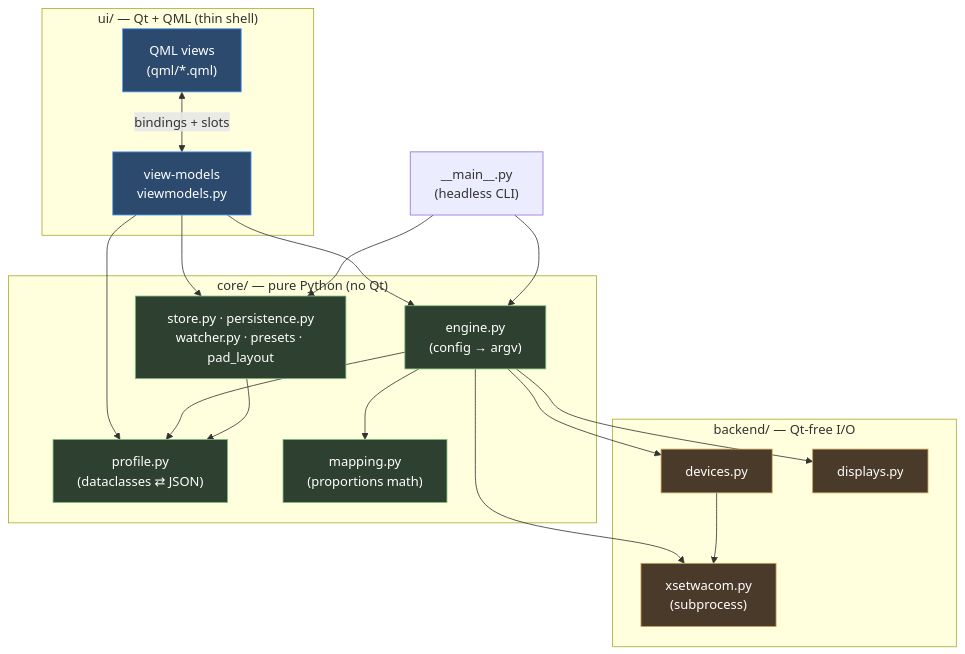
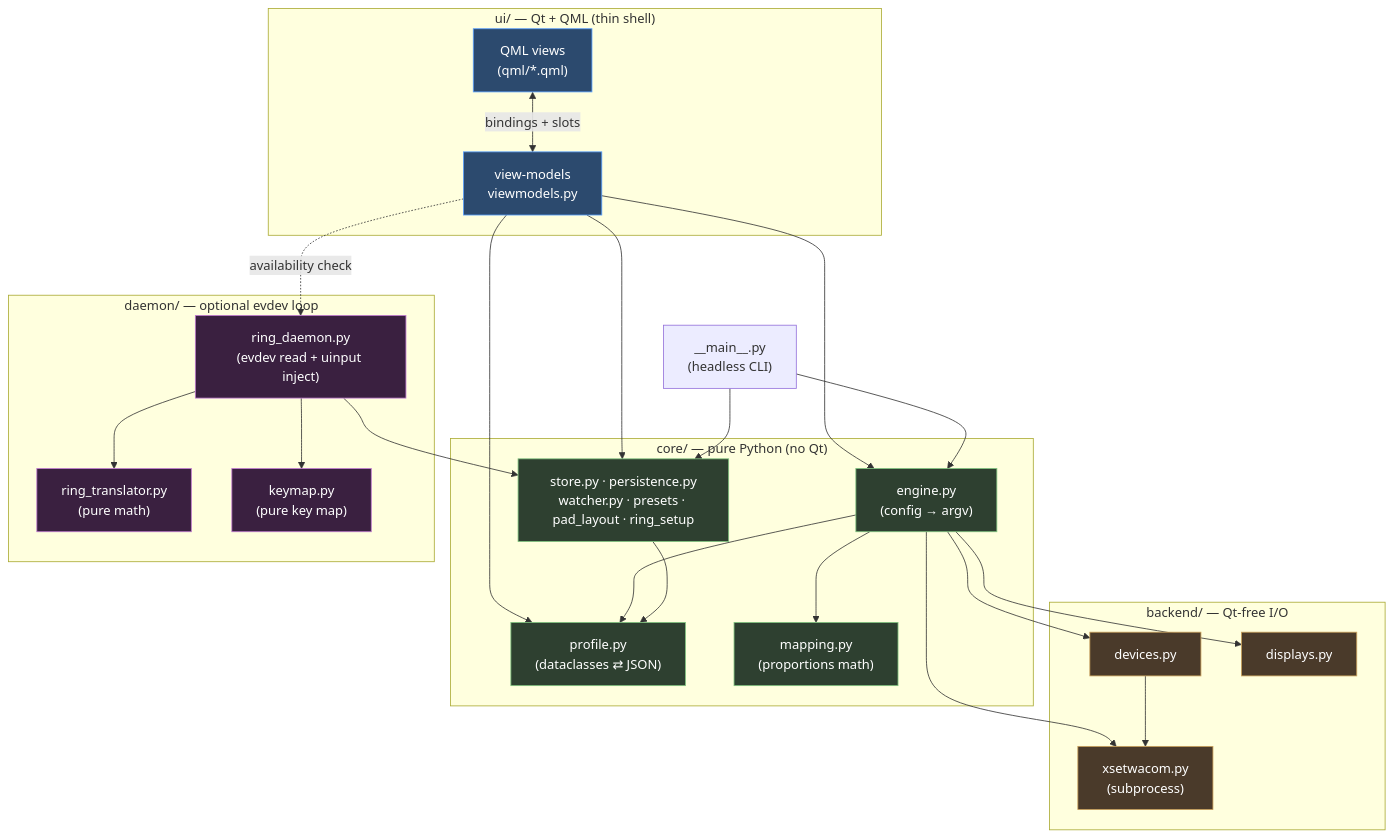
One commit to baslack/wacom_control_panel changed the second of 5 diagrams in README.md. Above: the diagram before and after it, drawn with Mermaid. The commit also changed other lines of this file and 3 other files, not shown here.

````diff
--- a/README.md
+++ b/README.md
@@ -100,40 +100,51 @@
 ```mermaid
 flowchart TD
     subgraph UI["ui/ — Qt + QML (thin shell)"]
         QML["QML views<br/>(qml/*.qml)"]
         VM["view-models<br/>viewmodels.py"]
         QML <-->|"bindings + slots"| VM
     end
     subgraph CORE["core/ — pure Python (no Qt)"]
         PROF["profile.py<br/>(dataclasses ⇄ JSON)"]
         ENG["engine.py<br/>(config → argv)"]
         MAP["mapping.py<br/>(proportions math)"]
-        STORE["store.py · persistence.py<br/>watcher.py · presets · pad_layout"]
+        STORE["store.py · persistence.py<br/>watcher.py · presets · pad_layout · ring_setup"]
     end
     subgraph BACKEND["backend/ — Qt-free I/O"]
         XS["xsetwacom.py<br/>(subprocess)"]
         DEV["devices.py"]
         DISP["displays.py"]
     end
+    subgraph DAEMON["daemon/ — optional evdev loop"]
+        RD["ring_daemon.py<br/>(evdev read + uinput inject)"]
+        RT["ring_translator.py<br/>(pure math)"]
+        KM["keymap.py<br/>(pure key map)"]
+    end
     CLI["__main__.py<br/>(headless CLI)"]
 
     VM --> ENG
     VM --> STORE
     VM --> PROF
+    VM -.->|"availability check"| RD
     CLI --> ENG
     CLI --> STORE
     ENG --> PROF
     ENG --> MAP
     ENG --> XS
     DEV --> XS
     STORE --> PROF
     ENG --> DEV
     ENG --> DISP
+    RD --> RT
+    RD --> KM
+    RD --> STORE
 
     classDef ui fill:#2c4a6e,stroke:#5aa0ff,color:#fff
     classDef core fill:#2e4030,stroke:#7ec27e,color:#fff
     classDef back fill:#4a3a2a,stroke:#caa05a,color:#fff
+    classDef daemon fill:#3a2040,stroke:#c07ad0,color:#fff
     class QML,VM ui
     class PROF,ENG,MAP,STORE core
     class XS,DEV,DISP back
+    class RD,RT,KM daemon
 ```
````
